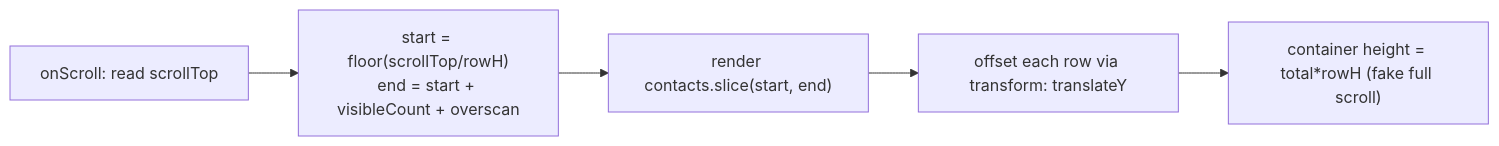
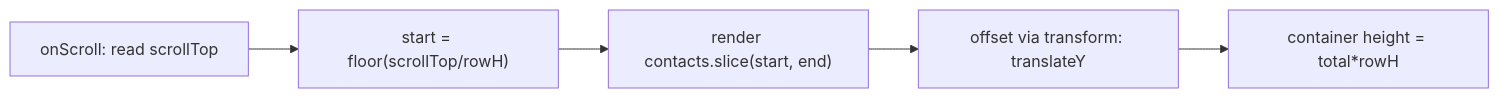
The diagram in packages/content/content/08-performance.mdx (ashishxcode/frontend-internals), drawn with Mermaid before and after one commit. The commit also changed other lines of this file and 34 other files, not shown here.

````diff
--- a/packages/content/content/08-performance.mdx
+++ b/packages/content/content/08-performance.mdx
@@ -54,7 +34,7 @@
 ```mermaid
 flowchart LR
-  scroll[onScroll: read scrollTop] --> calc["start = floor(scrollTop/rowH)<br/>end = start + visibleCount + overscan"]
+  scroll[onScroll: read scrollTop] --> calc["start = floor(scrollTop/rowH)"]
   calc --> slice["render contacts.slice(start, end)"]
-  slice --> pos["offset each row via transform: translateY"]
-  pos --> spacer["container height = total*rowH (fake full scroll)"]
+  slice --> pos["offset via transform: translateY"]
+  pos --> spacer["container height = total*rowH"]
 ```
````
